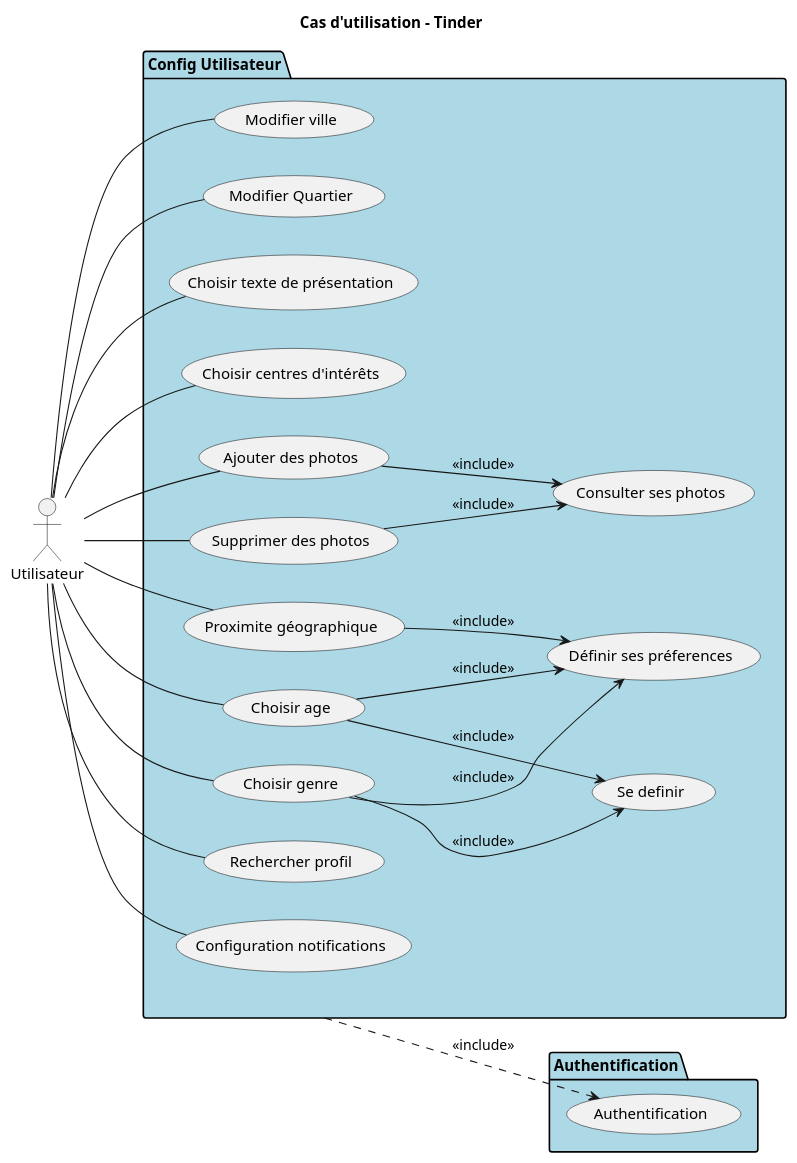
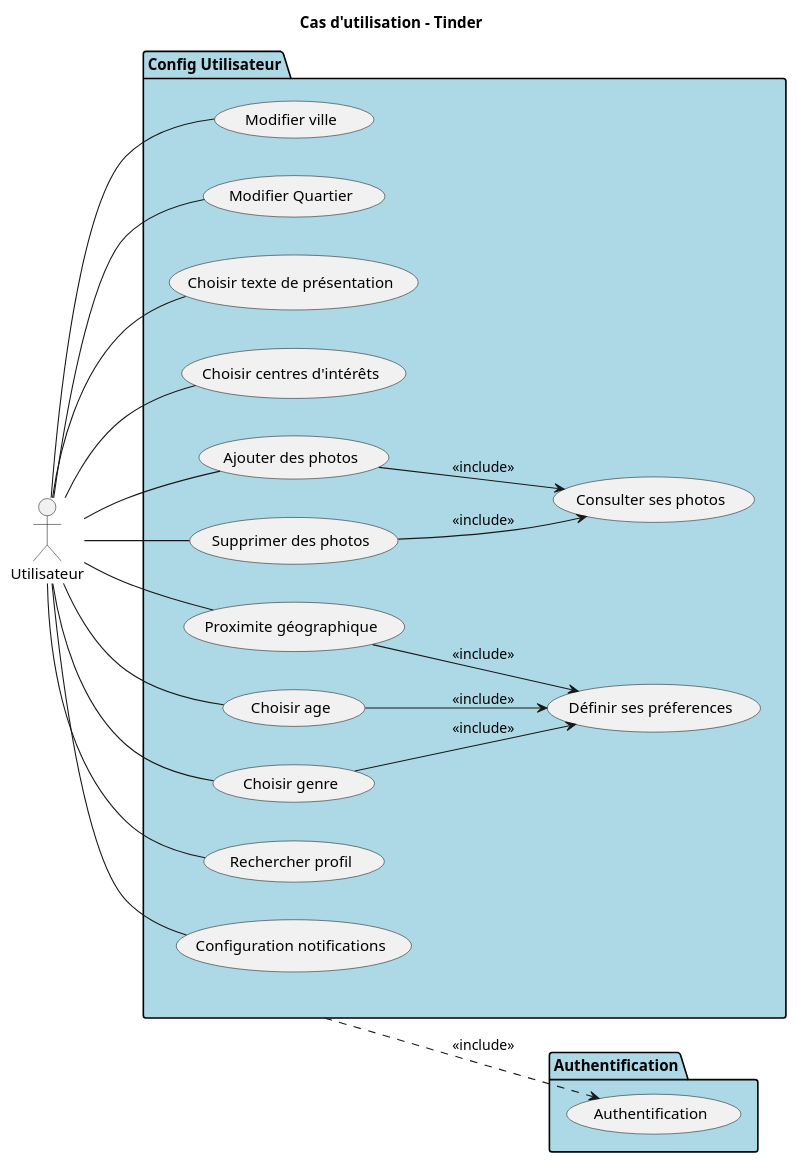
One commit to MinaroliCorentin/PSO changed the diagram in src/Projet_Tinder_Cas_Utilisation_Configuration_Utilisateur.puml. Above: the diagram before and after it, drawn with PlantUML. The commit also changed 1 other file, not shown here.

Commit message:
Retrait de se définir qui faisait doublon car on est déjà en train de ce definir

```diff
--- a/src/Projet_Tinder_Cas_Utilisation_Configuration_Utilisateur.puml
+++ b/src/Projet_Tinder_Cas_Utilisation_Configuration_Utilisateur.puml
@@ -1,62 +1,59 @@
 @startuml
 
 left to right direction
 title Cas d'utilisation - Tinder
 
 actor Utilisateur
 
 package "Authentification" #LightBlue {
 
     usecase "Authentification" as auth
 
 }
 
 
 package "Config Utilisateur" #LightBlue {
 
     usecase "Modifier ville" as modif_Ville
     usecase "Modifier Quartier" as modif_Quartier
     usecase "Choisir texte de présentation" as modif_Texte_Presentation
     usecase "Choisir centres d'intérêts" as modif_Centre_Interets
     usecase "Consulter ses photos" as modif_Consultation
     usecase "Ajouter des photos" as modif_Ajouter_Photos
     usecase "Supprimer des photos" as modif_Supprimer_Photos
     usecase "Définir ses préferences" as modif_pref
     usecase "Proximite géographique" as modif_proximite
     usecase "Choisir age" as modif_age
     usecase "Choisir genre" as modif_genre
     usecase "Rechercher profil" as modif_critere_visibilite_autres
     usecase "Configuration notifications" as modif_notif
-    usecase "Se definir" as modif_definir
 
     modif_proximite --> modif_pref : <<include>>
 
-    modif_genre --> modif_definir : <<include>>
     modif_genre --> modif_pref : <<include>>
 
-    modif_age --> modif_definir : <<include>>
     modif_age --> modif_pref : <<include>>
 
 
     Utilisateur -- modif_Ville
     Utilisateur -- modif_Quartier
     Utilisateur -- modif_Texte_Presentation
     Utilisateur -- modif_Centre_Interets
     Utilisateur -- modif_Supprimer_Photos
     Utilisateur -- modif_Ajouter_Photos
     Utilisateur -- modif_genre
     Utilisateur -- modif_age
     Utilisateur -- modif_proximite
     Utilisateur -- modif_critere_visibilite_autres
     Utilisateur -- modif_notif
 
     modif_Supprimer_Photos --> modif_Consultation : <<include>>
 
     modif_Ajouter_Photos --> modif_Consultation : <<include>>
 
 }
 
 "Config Utilisateur"  ..> auth : <<include>>
 
 
 @enduml
```
